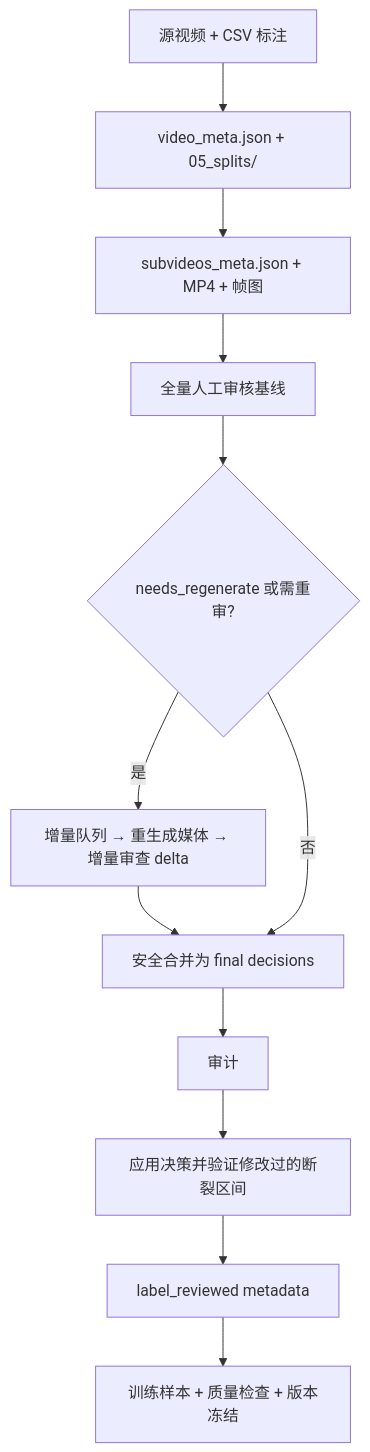
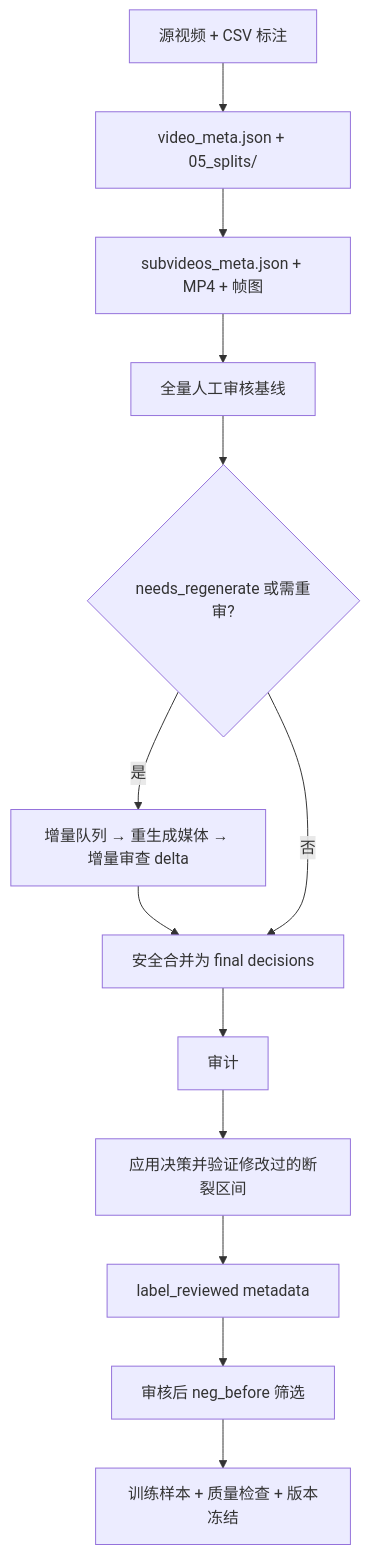
The diagram in docs/DATA_PROCESSING_RUNBOOK.md (PcOffeeP/mVllm_2), drawn with Mermaid before and after one commit. The commit also changed other lines of this file and 6 other files, not shown here.

````diff
--- a/docs/DATA_PROCESSING_RUNBOOK.md
+++ b/docs/DATA_PROCESSING_RUNBOOK.md
@@ -7,14 +7,15 @@
 ```mermaid
 flowchart TD
   A["源视频 + CSV 标注"] --> B["video_meta.json + 05_splits/"]
   B --> C["subvideos_meta.json + MP4 + 帧图"]
   C --> D["全量人工审核基线"]
   D --> E{"needs_regenerate 或需重审?"}
   E -- "是" --> F["增量队列 → 重生成媒体 → 增量审查 delta"]
   F --> G["安全合并为 final decisions"]
   E -- "否" --> G
   G --> H["审计"]
   H --> I["应用决策并验证修改过的断裂区间"]
   I --> J["label_reviewed metadata"]
-  J --> K["训练样本 + 质量检查 + 版本冻结"]
+  J --> K["审核后 neg_before 筛选"]
+  K --> L["训练样本 + 质量检查 + 版本冻结"]
 ```
````
